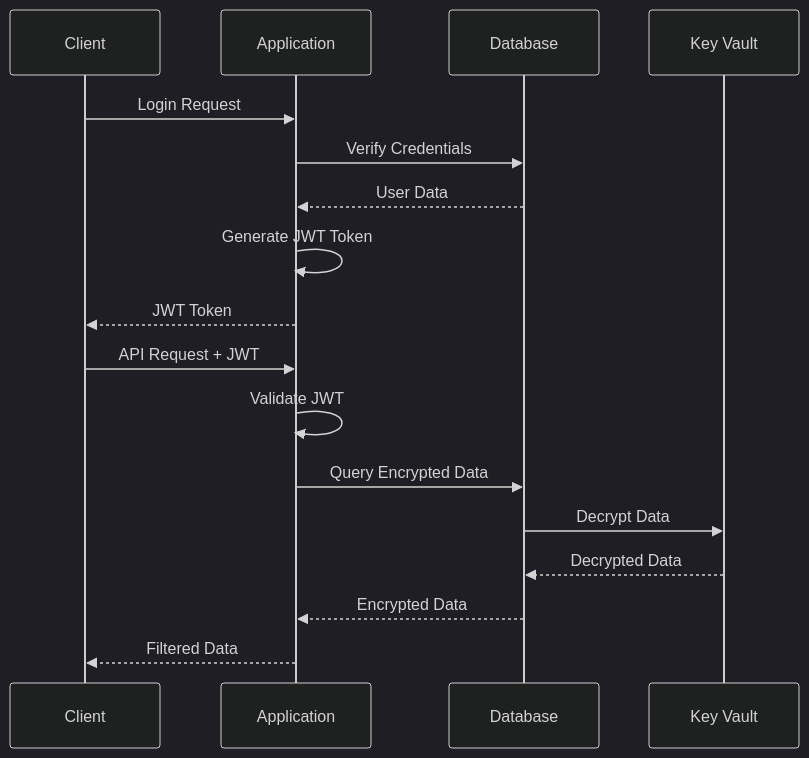
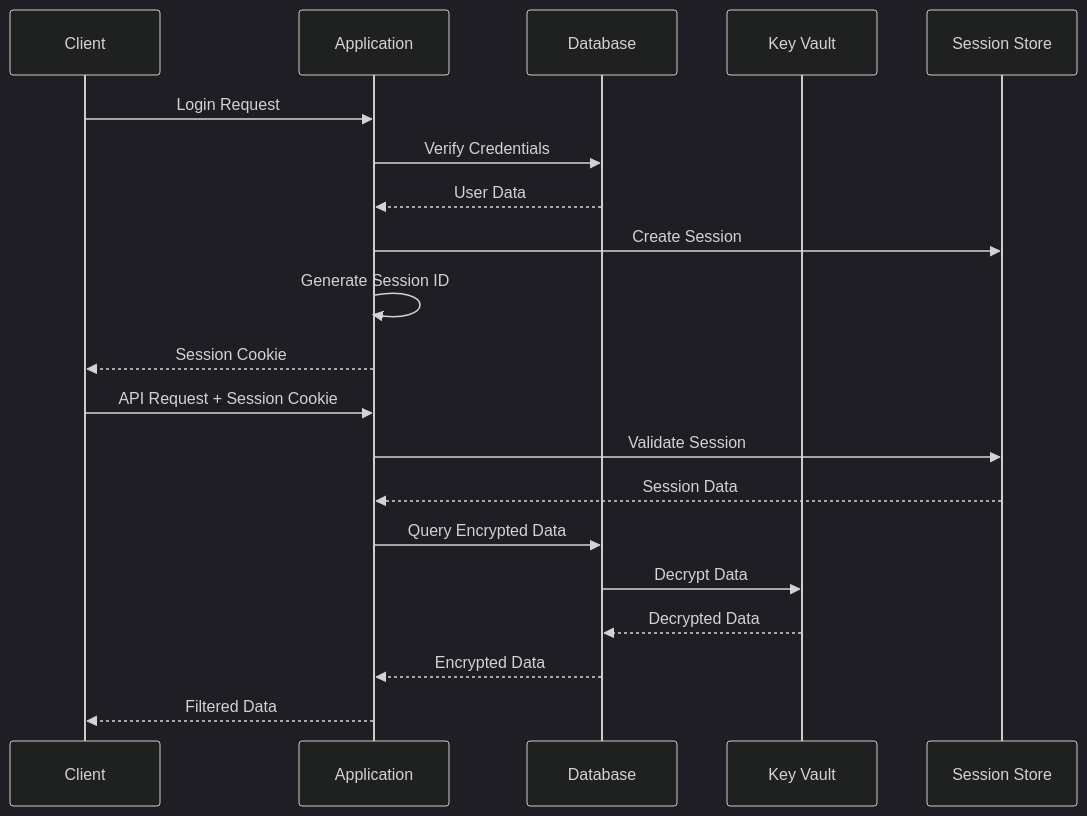
One commit to mrlynn/securehealth-docs changed the third of 3 diagrams in docs/developer-guides/architecture.md. Above: the diagram before and after it, drawn with Mermaid (dark theme). The commit also changed other lines of this file, not shown here.

First line of the commit message:
Fix architecture.md to use session-based authentication instead of JWT

````diff
--- a/docs/developer-guides/architecture.md
+++ b/docs/developer-guides/architecture.md
@@ -281,21 +281,24 @@
-```mermaid
+```mermaid title="Session-Based Authentication Flow"
 sequenceDiagram
     participant C as Client
     participant A as Application
     participant D as Database
     participant K as Key Vault
+    participant S as Session Store
     
     C->>A: Login Request
     A->>D: Verify Credentials
     D-->>A: User Data
-    A->>A: Generate JWT Token
-    A-->>C: JWT Token
+    A->>S: Create Session
+    A->>A: Generate Session ID
+    A-->>C: Session Cookie
     
-    C->>A: API Request + JWT
-    A->>A: Validate JWT
+    C->>A: API Request + Session Cookie
+    A->>S: Validate Session
+    S-->>A: Session Data
     A->>D: Query Encrypted Data
     D->>K: Decrypt Data
     K-->>D: Decrypted Data
     D-->>A: Encrypted Data
     A-->>C: Filtered Data
 ```
````
